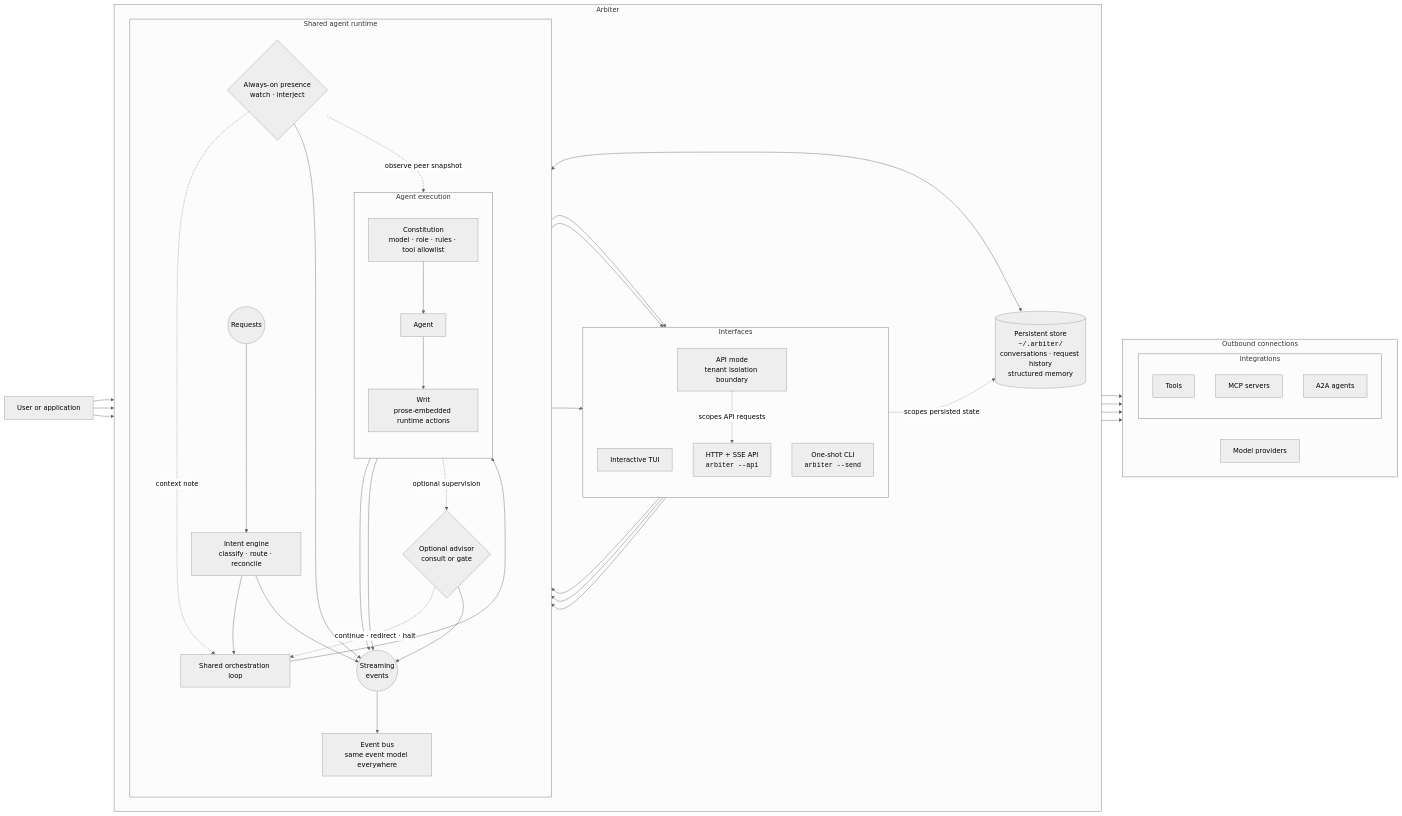
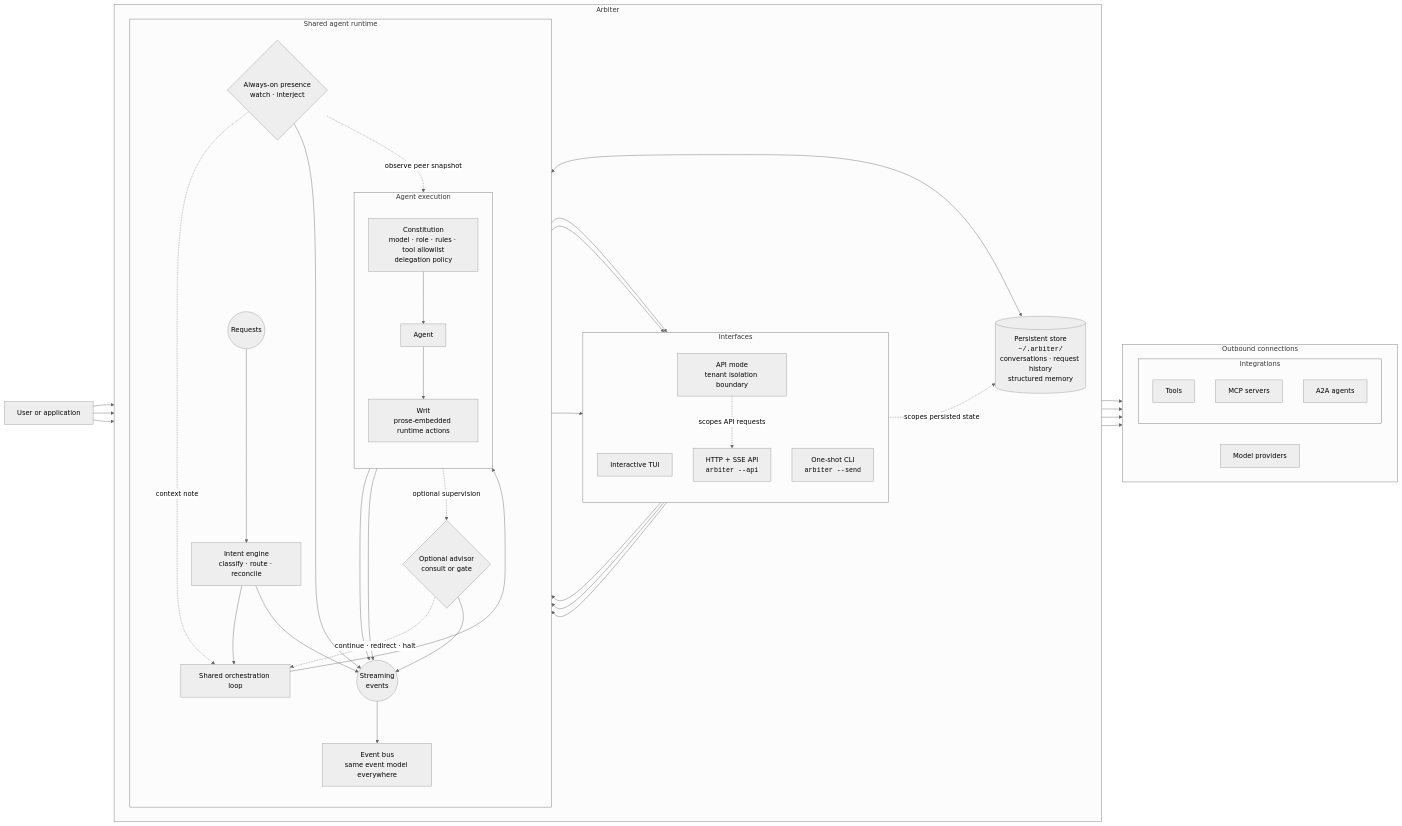
Before and after one commit to tylerreckart/arbiter: the diagram in docs/concepts/architecture.md, drawn with Mermaid (neutral theme). The commit also changed other lines of this file and 19 other files, not shown here.

First line of the commit message:
Enforce constitution delegation policies at spawn time.

```diff
--- a/docs/concepts/architecture.md
+++ b/docs/concepts/architecture.md
@@ -37,7 +37,7 @@
             subgraph EXECUTION["Agent execution"]
                 direction TB
 
-                CONSTITUTION["Constitution<br/>model · role · rules · tool allowlist"]
+                CONSTITUTION["Constitution<br/>model · role · rules · tool allowlist<br/>delegation policy"]
 
                 AGENT["Agent"]
 
```
